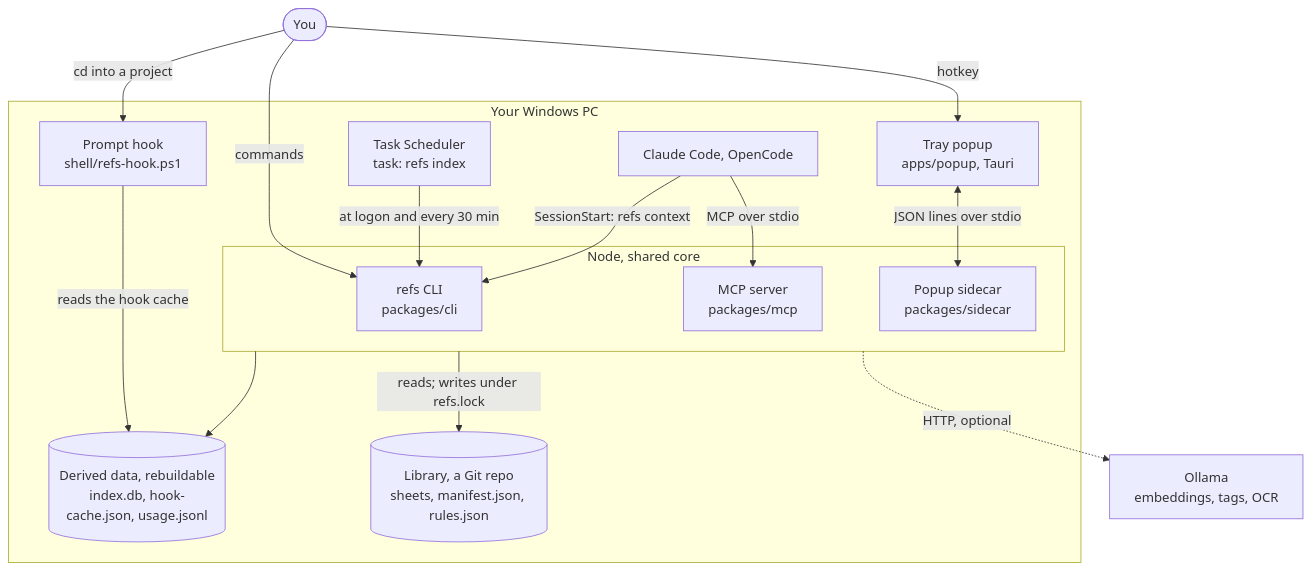
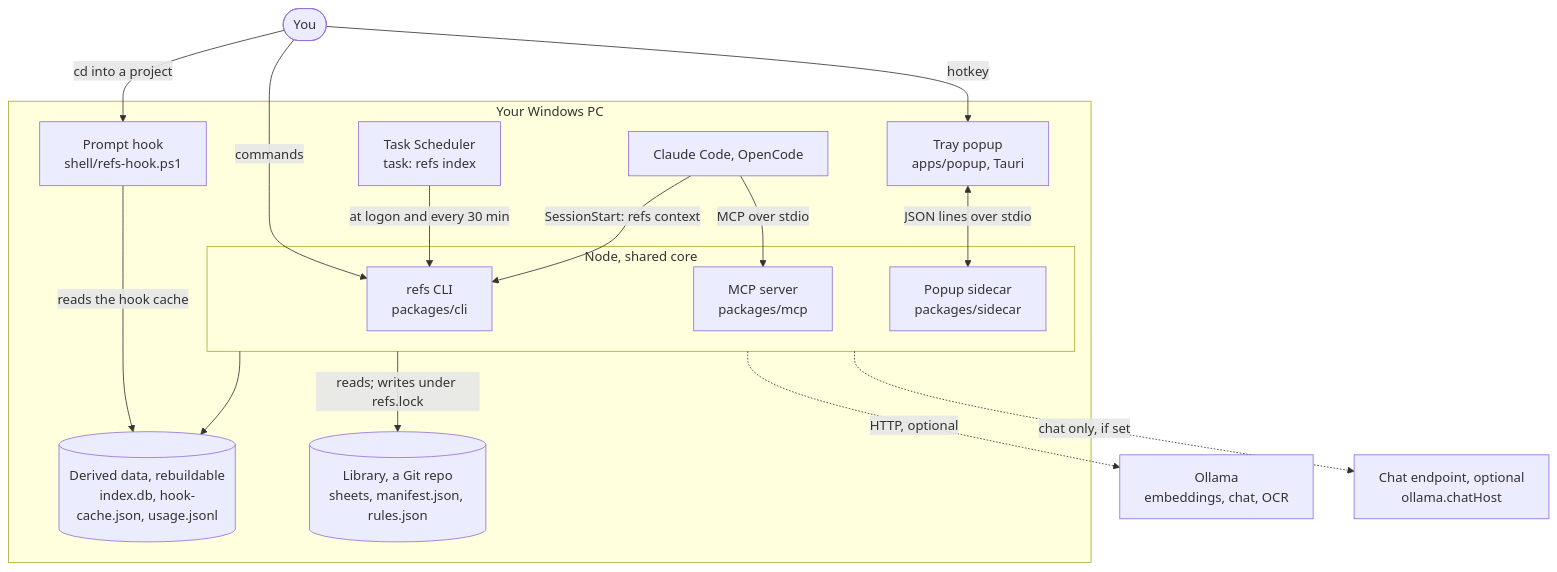
One commit to cgbot7/Nudge changed the first of 5 diagrams in docs/architecture.md. Above: the diagram before and after it, drawn with Mermaid. The commit also changed other lines of this file and 3 other files, not shown here.

First line of the commit message:
Docs: sync README and architecture with the code

````diff
--- a/docs/architecture.md
+++ b/docs/architecture.md
@@ -9,30 +9,32 @@
 ```mermaid
 flowchart TB
   you(["You"])
   subgraph pc["Your Windows PC"]
     hook["Prompt hook<br/>shell/refs-hook.ps1"]
     sched["Task Scheduler<br/>task: refs index"]
     agents["Claude Code, OpenCode"]
     popup["Tray popup<br/>apps/popup, Tauri"]
     subgraph node["Node, shared core"]
       cli["refs CLI<br/>packages/cli"]
       mcp["MCP server<br/>packages/mcp"]
       sidecar["Popup sidecar<br/>packages/sidecar"]
     end
     data[("Derived data, rebuildable<br/>index.db, hook-cache.json, usage.jsonl")]
     lib[("Library, a Git repo<br/>sheets, manifest.json, rules.json")]
   end
-  ollama["Ollama<br/>embeddings, tags, OCR"]
+  ollama["Ollama<br/>embeddings, chat, OCR"]
+  relay["Chat endpoint, optional<br/>ollama.chatHost"]
 
   you -->|cd into a project| hook
   you -->|commands| cli
   you -->|hotkey| popup
   sched -->|at logon and every 30 min| cli
   agents -->|"SessionStart: refs context"| cli
   agents -->|"MCP over stdio"| mcp
   popup <-->|"JSON lines over stdio"| sidecar
   hook -->|"reads the hook cache"| data
   node -->|"reads; writes under refs.lock"| lib
   node --> data
   node -.->|"HTTP, optional"| ollama
+  node -.->|"chat only, if set"| relay
 ```
````
